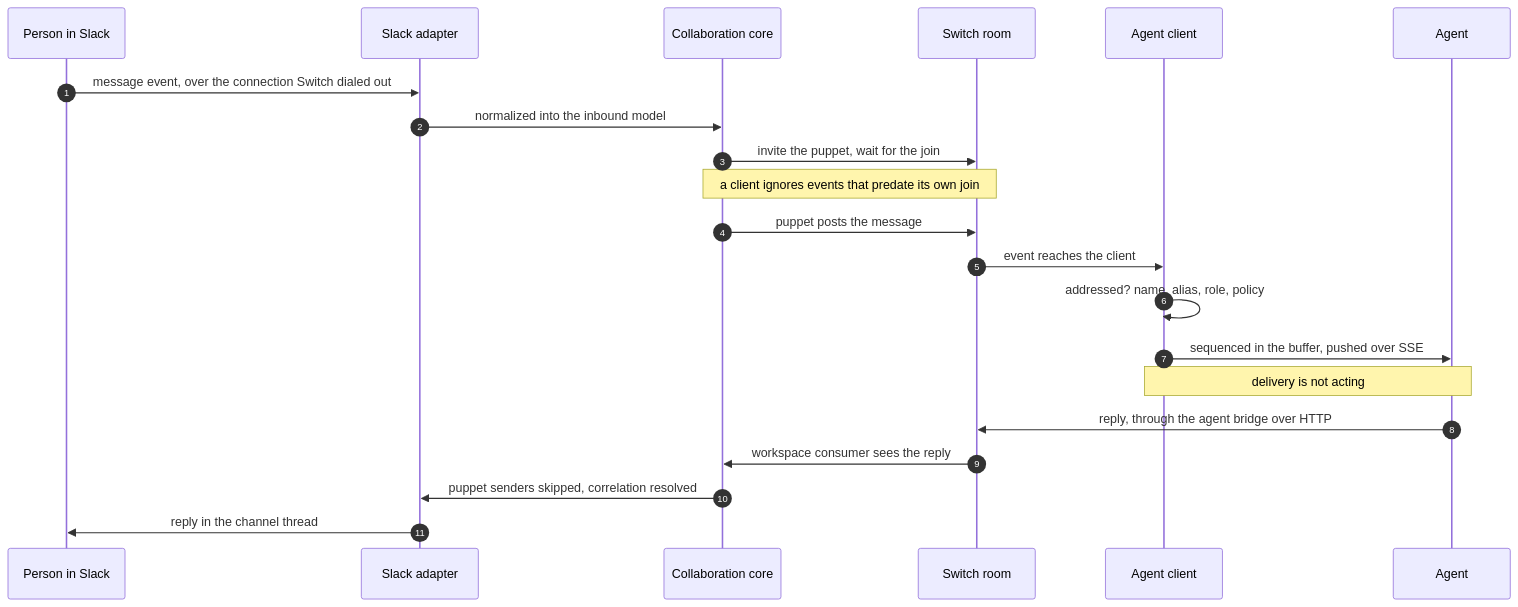
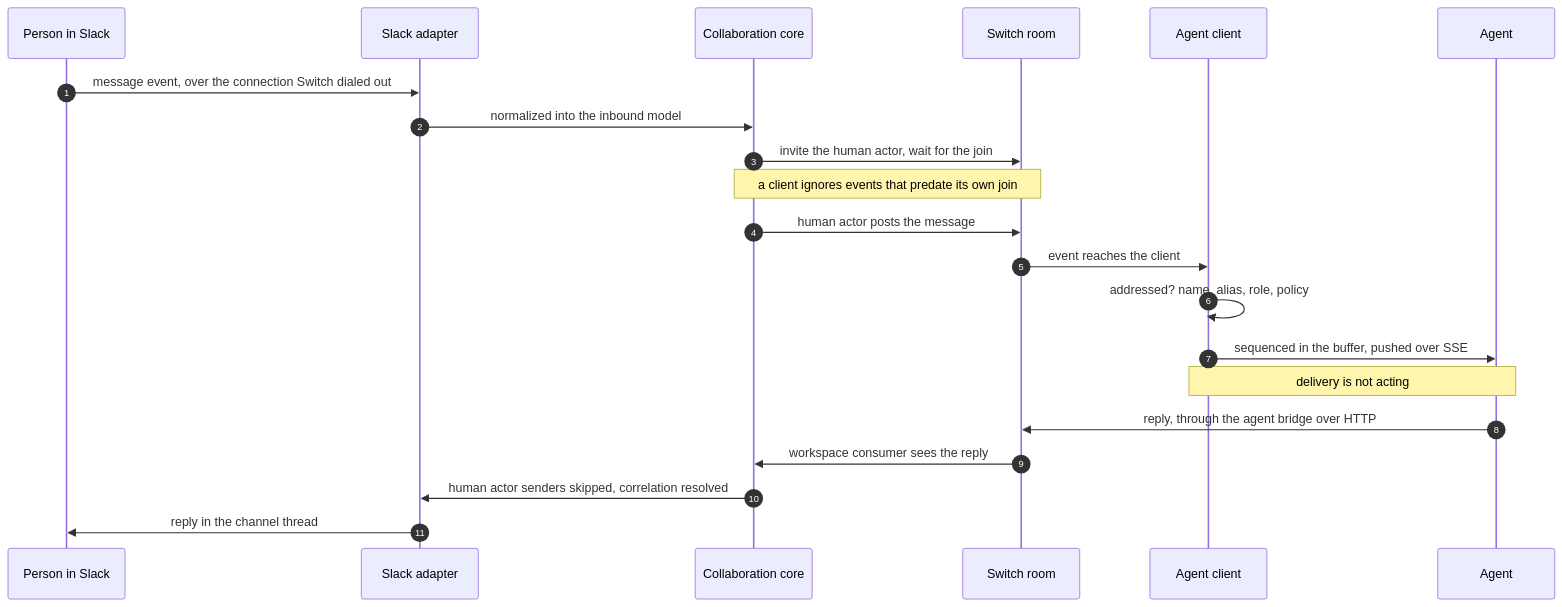
The diagram in docs/official/internals/life-of-a-message.md (Chris-Willis/switch), drawn with Mermaid before and after one commit. The commit also changed other lines of this file and 39 other files, not shown here.

````diff
--- a/docs/official/internals/life-of-a-message.md
+++ b/docs/official/internals/life-of-a-message.md
@@ -11,24 +11,24 @@
 ```mermaid
 %%{init: {'themeVariables': {'fontSize': '13px'}}}%%
 sequenceDiagram
   autonumber
   participant P as Person in Slack
   participant SA as Slack adapter
   participant BC as Collaboration core
   participant RM as Switch room
   participant AC as Agent client
   participant AG as Agent
   P->>SA: message event, over the connection Switch dialed out
   SA->>BC: normalized into the inbound model
-  BC->>RM: invite the puppet, wait for the join
+  BC->>RM: invite the human actor, wait for the join
   Note over BC,RM: a client ignores events that predate its own join
-  BC->>RM: puppet posts the message
+  BC->>RM: human actor posts the message
   RM->>AC: event reaches the client
   AC->>AC: addressed? name, alias, role, policy
   AC->>AG: sequenced in the buffer, pushed over SSE
   Note over AC,AG: delivery is not acting
   AG->>RM: reply, through the agent bridge over HTTP
   RM->>BC: workspace consumer sees the reply
-  BC->>SA: puppet senders skipped, correlation resolved
+  BC->>SA: human actor senders skipped, correlation resolved
   SA->>P: reply in the channel thread
 ```
````
